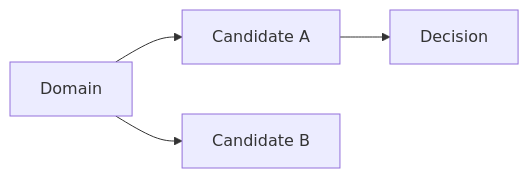
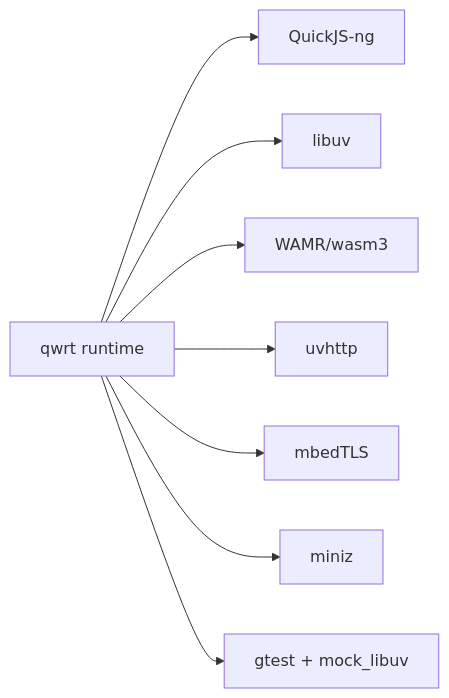
Before and after one commit to adam-ikari/qwrt: the diagram in brain/stack.md, drawn with Mermaid. The commit also changed other lines of this file and 6 other files, not shown here.

First line of the commit message:
docs(changelog): v0.2.0 release notes — Phase1-4 completion + prior Unreleased docs(brain): fill all six root pages (roadmap/background/stack/mindmap/architecture/flow)

````diff
--- a/brain/stack.md
+++ b/brain/stack.md
@@ -16,6 +25,10 @@
 ```mermaid
 graph LR
-  D[Domain] --> C1[Candidate A]
-  D --> C2[Candidate B]
-  C1 --> P[Decision]
+  D[qwrt runtime] --> E[QuickJS-ng]
+  D --> L[libuv]
+  D --> X[WAMR/wasm3]
+  D --> H[uvhttp]
+  D --> C[mbedTLS]
+  D --> M[miniz]
+  D --> T[gtest + mock_libuv]
 ```
````
